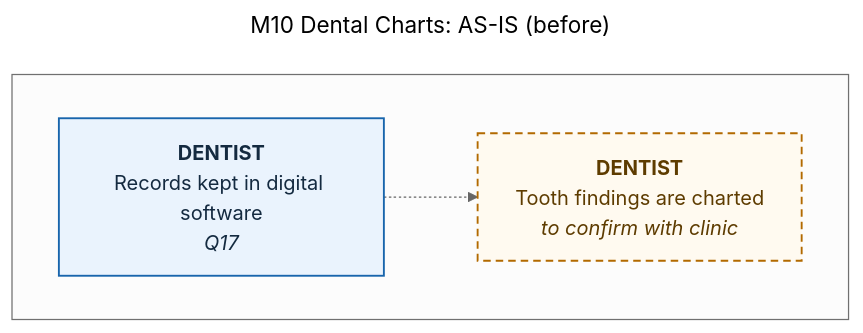
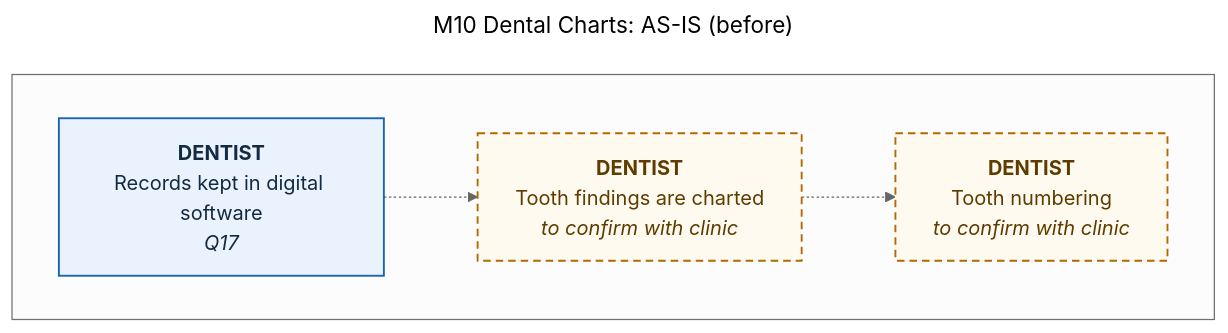
One commit to 0phem/multibranch-dental-clinic changed the diagram in docs/defense/diagrams/M10-dental-charts-as-is.mmd. Above: the diagram before and after it, drawn with Mermaid (neutral theme). The commit also changed 27 other files, not shown here.

Commit message:
docs: M19 and M20 implemented — statuses, TO-BE diagrams and process PDF, interview questions (prescriptions, license number, follow-ups, tooth numbering), open items 30–31, panel Q56–59, demo moment 3h, roadmap slide for M12/M24, pending migrations (item 18)

```diff
--- a/docs/defense/diagrams/M10-dental-charts-as-is.mmd
+++ b/docs/defense/diagrams/M10-dental-charts-as-is.mmd
@@ -1,16 +1,18 @@
 ---
 title: "M10 Dental Charts: AS-IS (before)"
 ---
 flowchart TB
     subgraph L2[" "]
     direction LR
       S0["<b>DENTIST</b><br/>Records kept in digital software<br/><i>Q17</i>"]:::cited
       S1["<b>DENTIST</b><br/>Tooth findings are charted<br/><i>to confirm with clinic</i>"]:::confirm
+      S2["<b>DENTIST</b><br/>Tooth numbering<br/><i>to confirm with clinic</i>"]:::confirm
     end
     S0 -.-> S1
+    S1 -.-> S2
     classDef cited fill:#eaf3fd,stroke:#1865ac,color:#142a40,stroke-width:1.5px
     classDef confirm fill:#fffaf0,stroke:#b26a00,color:#5e3c00,stroke-width:1.5px,stroke-dasharray:6 4
     classDef auto fill:#e6f5ee,stroke:#0c7f75,color:#0f3d33,stroke-width:1.5px
     classDef manual fill:#eaf3fd,stroke:#1865ac,color:#142a40,stroke-width:1.5px
     classDef mock fill:#f3f5f7,stroke:#5a6b7d,color:#3a4e63,stroke-width:1.5px,stroke-dasharray:3 3
     classDef planned fill:#ffffff,stroke:#5a6b7d,color:#3a4e63,stroke-width:1.5px,stroke-dasharray:6 4
```
